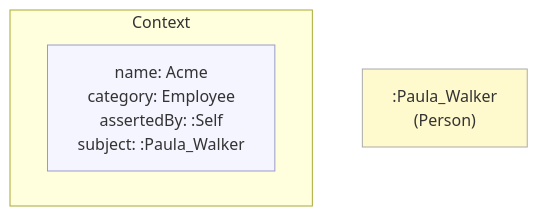
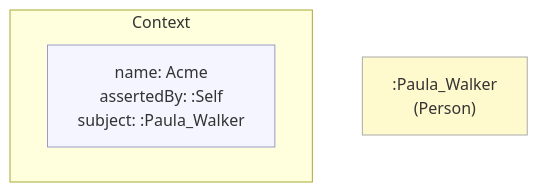
One commit to MeeFoundation/mia-ontologies changed the diagram in example/images/01-paula(acme)alice.mmd. Above: the diagram before and after it, drawn with Mermaid. The commit also changed 74 other files, not shown here.

First line of the commit message:
Rename c:contextCategory property to c:category (context.ttl v1.0.44)

```diff
--- a/example/images/01-paula(acme)alice.mmd
+++ b/example/images/01-paula(acme)alice.mmd
@@ -1,14 +1,13 @@
-%% ContextCategory: context:Employee
 flowchart TD
     classDef person fill:#fffacd,stroke:#aaa,color:#333
     classDef grp    fill:#d4edda,stroke:#aaa,color:#333
     classDef org    fill:#cce5ff,stroke:#aaa,color:#333
     classDef lit    fill:none,stroke:none,font-style:italic,color:#2a7a2a
     classDef meta   fill:#f5f5ff,stroke:#9999cc,color:#333
 
     subgraph ctx["Context"]
         direction LR
-        ctx_meta["name: Acme\ncategory: Employee\nassertedBy: :Self\nsubject: :Paula_Walker"]:::meta
+        ctx_meta["name: Acme\nassertedBy: :Self\nsubject: :Paula_Walker"]:::meta
     end
 
     nf4296ab13de4[":Paula_Walker\n(Person)"]:::person
```
